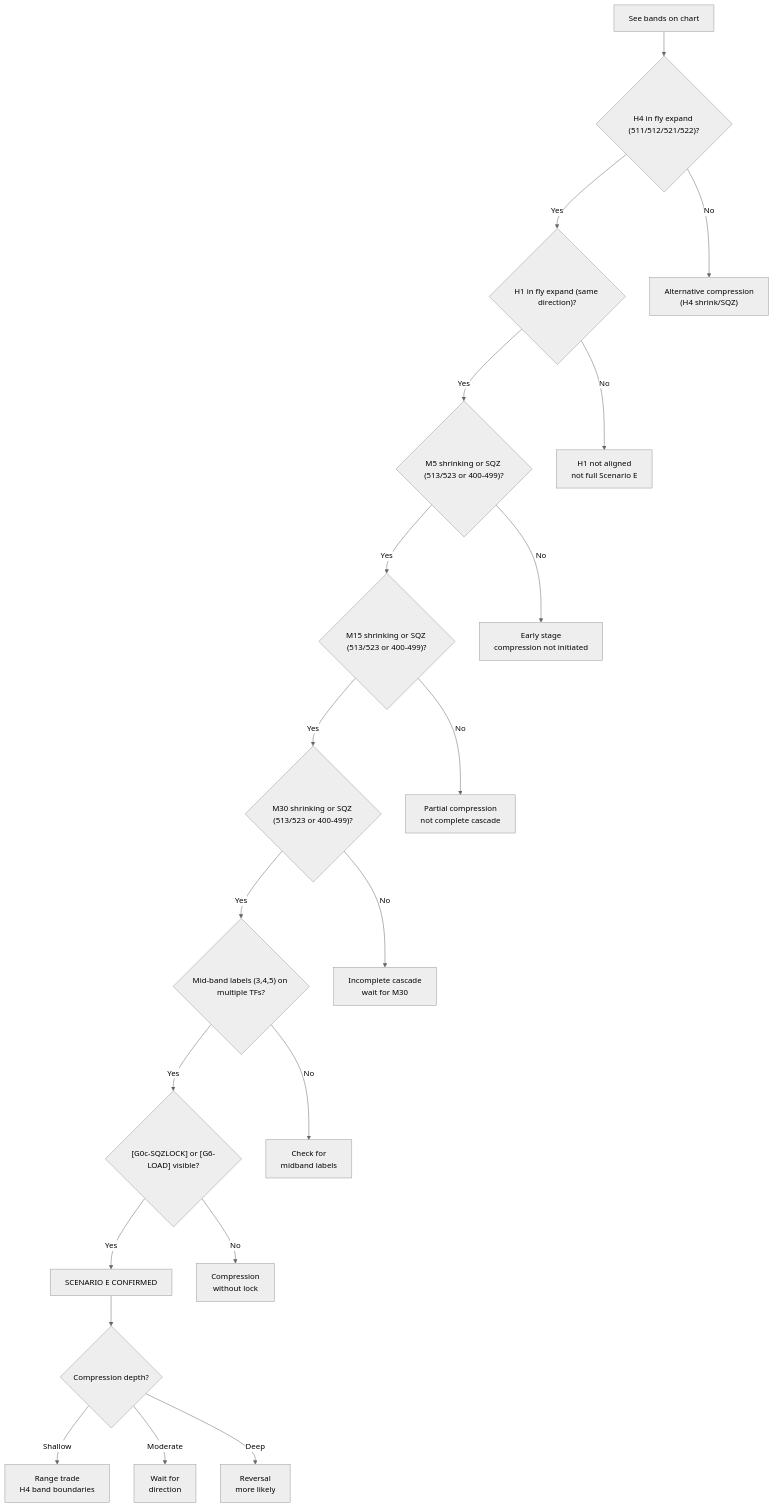
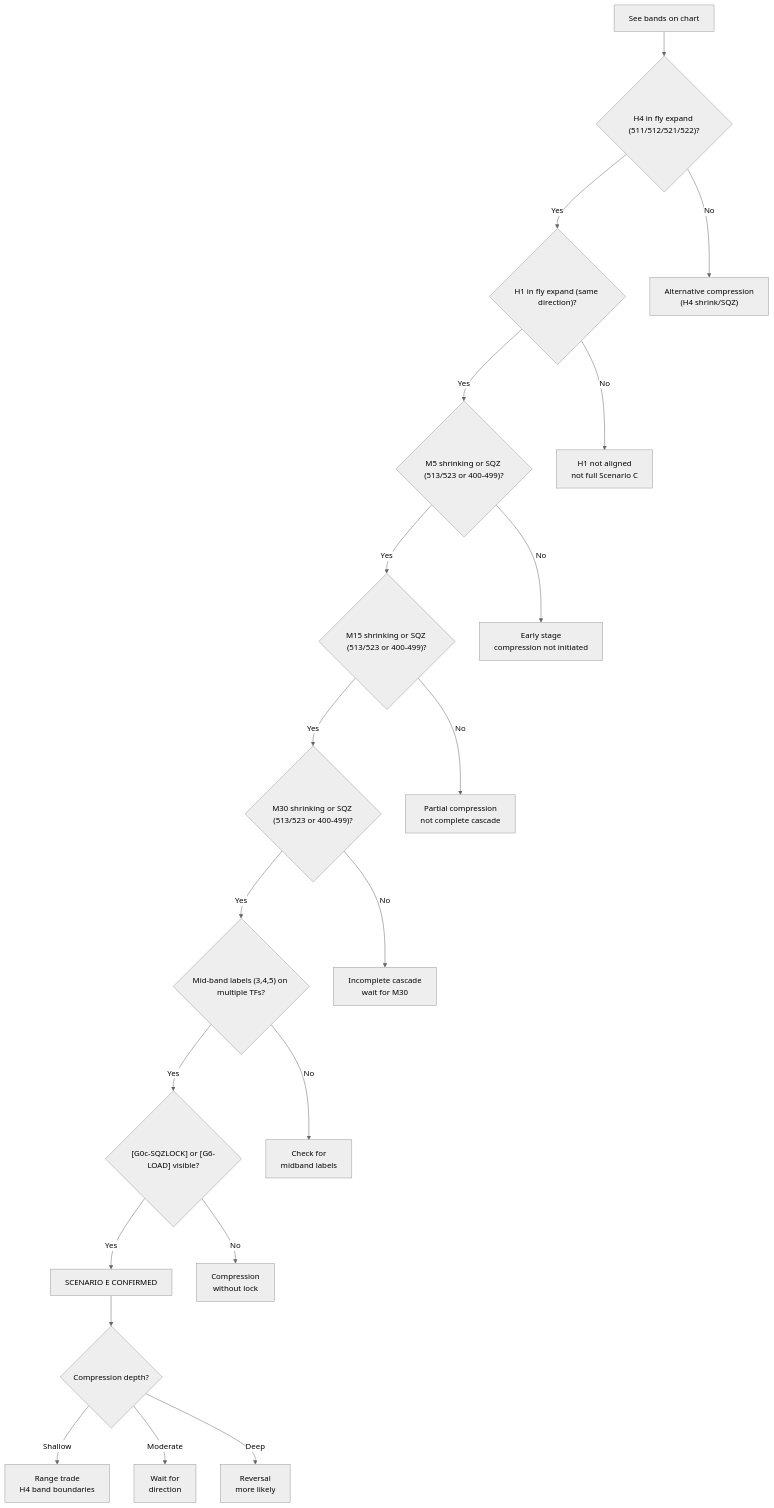
The ninth of 17 diagrams in references/backtest_chart_analysis.md (Terrypang89/BB_MTF_M15_STRATEGY), drawn with Mermaid (neutral theme) before and after one commit. The commit also changed other lines of this file and 12 other files, not shown here.

````diff
--- a/references/backtest_chart_analysis.md
+++ b/references/backtest_chart_analysis.md
@@ -2053,22 +2053,22 @@
 ```mermaid
 flowchart TD
     A["See bands on chart"] --> B{"H4 in fly expand (511/512/521/522)?"}
     B -->|Yes| C{"H1 in fly expand (same direction)?"}
     C -->|Yes| D{"M5 shrinking or SQZ (513/523 or 400-499)?"}
     D -->|Yes| E{"M15 shrinking or SQZ (513/523 or 400-499)?"}
     E -->|Yes| F{"M30 shrinking or SQZ (513/523 or 400-499)?"}
     F -->|Yes| G{"Mid-band labels (3,4,5) on multiple TFs?"}
     G -->|Yes| H{"[G0c-SQZLOCK] or [G6-LOAD] visible?"}
     H -->|Yes| I["SCENARIO E CONFIRMED"]
     I --> J{"Compression depth?"}
     J -->|Shallow| K["Range trade\nH4 band boundaries"]
     J -->|Moderate| L["Wait for\ndirection"]
     J -->|Deep| M["Reversal\nmore likely"]
     H -->|No| N["Compression\nwithout lock"]
     G -->|No| O["Check for\nmidband labels"]
     F -->|No| P["Incomplete cascade\nwait for M30"]
     E -->|No| Q["Partial compression\nnot complete cascade"]
     D -->|No| R["Early stage\ncompression not initiated"]
-    C -->|No| S["H1 not aligned\nnot full Scenario E"]
+    C -->|No| S["H1 not aligned\nnot full Scenario C"]
     B -->|No| T["Alternative compression\n(H4 shrink/SQZ)"]
 ```
````
